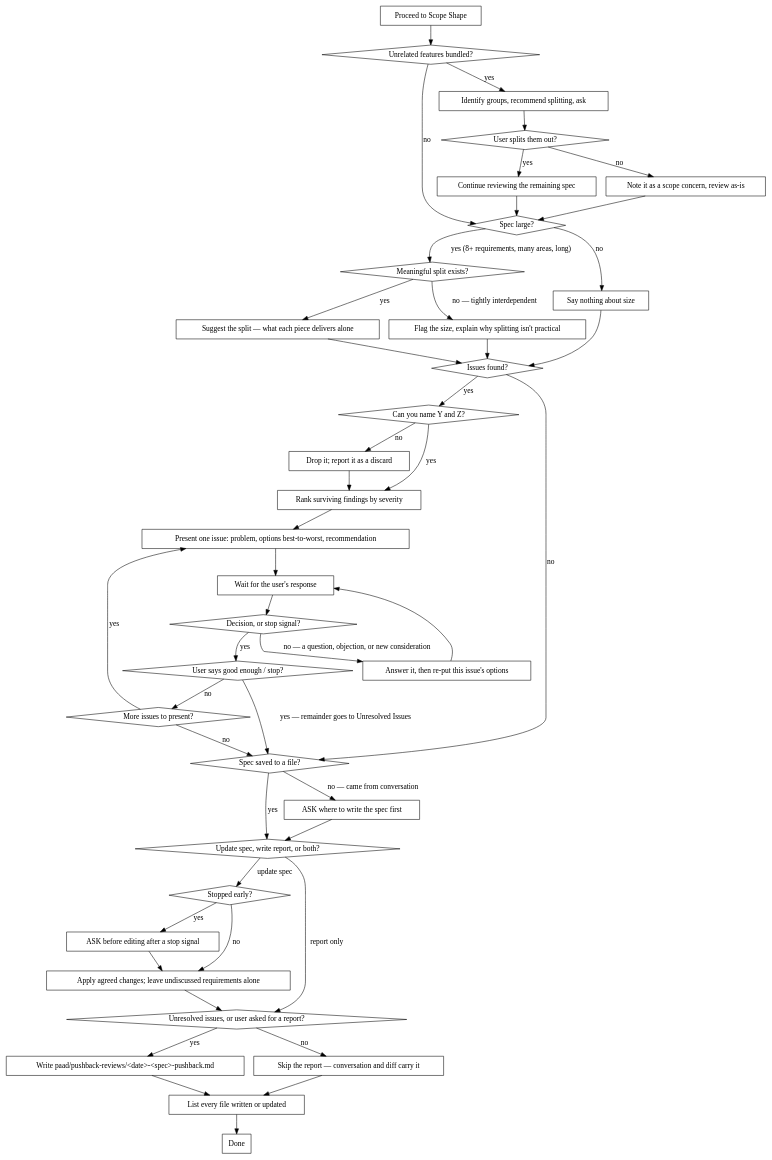
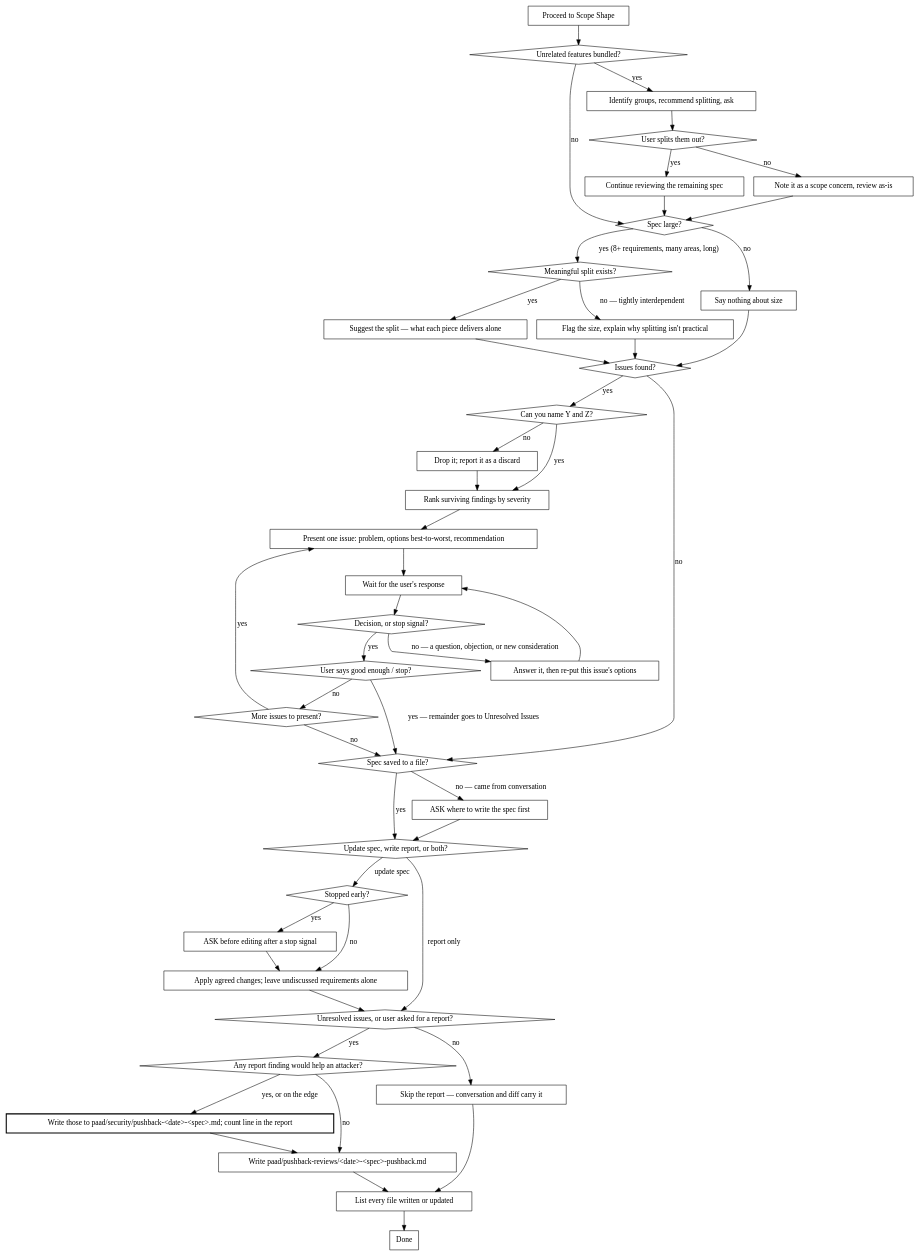
One commit to Ovid/paad changed the second of 2 diagrams in preview/paad/skills/pushback/SKILL.md. Above: the diagram before and after it, drawn with Graphviz. The commit also changed other lines of this file, not shown here.

First line of the commit message:
pushback: route security findings in the report to paad/security/; spec edits unchanged

```diff
--- a/preview/paad/skills/pushback/SKILL.md
+++ b/preview/paad/skills/pushback/SKILL.md
@@ -87,6 +87,8 @@
   "ASK where to write the spec first" [shape=box];
   "ASK before editing after a stop signal" [shape=box];
   "Apply agreed changes; leave undiscussed requirements alone" [shape=box];
+  "Any report finding would help an attacker?" [shape=diamond];
+  "Write those to paad/security/pushback-<date>-<spec>.md; count line in the report" [shape=box, style=bold];
   "Write paad/pushback-reviews/<date>-<spec>-pushback.md" [shape=box];
   "Skip the report — conversation and diff carry it" [shape=box];
   "List every file written or updated" [shape=box];
@@ -135,7 +137,10 @@
   "Stopped early?" -> "Apply agreed changes; leave undiscussed requirements alone" [label="no"];
   "ASK before editing after a stop signal" -> "Apply agreed changes; leave undiscussed requirements alone";
   "Apply agreed changes; leave undiscussed requirements alone" -> "Unresolved issues, or user asked for a report?";
-  "Unresolved issues, or user asked for a report?" -> "Write paad/pushback-reviews/<date>-<spec>-pushback.md" [label="yes"];
+  "Unresolved issues, or user asked for a report?" -> "Any report finding would help an attacker?" [label="yes"];
+  "Any report finding would help an attacker?" -> "Write those to paad/security/pushback-<date>-<spec>.md; count line in the report" [label="yes, or on the edge"];
+  "Any report finding would help an attacker?" -> "Write paad/pushback-reviews/<date>-<spec>-pushback.md" [label="no"];
+  "Write those to paad/security/pushback-<date>-<spec>.md; count line in the report" -> "Write paad/pushback-reviews/<date>-<spec>-pushback.md";
   "Unresolved issues, or user asked for a report?" -> "Skip the report — conversation and diff carry it" [label="no"];
   "Write paad/pushback-reviews/<date>-<spec>-pushback.md" -> "List every file written or updated";
   "Skip the report — conversation and diff carry it" -> "List every file written or updated";
```
